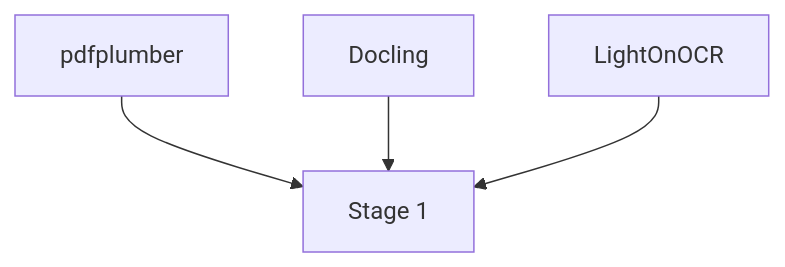
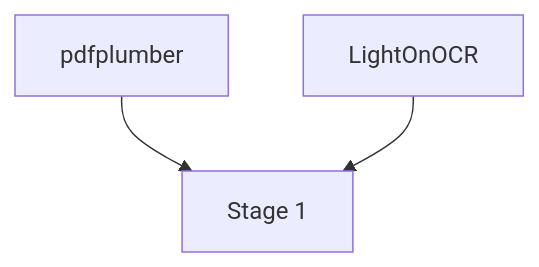
Before and after one commit to fairdataihub/dmpbridge: the fifth of 5 diagrams in docs/DIAGRAMS.md, drawn with Mermaid. The commit also changed other lines of this file and 33 other files, not shown here.

````diff
--- a/docs/DIAGRAMS.md
+++ b/docs/DIAGRAMS.md
@@ -89,6 +89,5 @@
 ```mermaid
 flowchart TD
     P["pdfplumber"] --> S1["Stage 1"]
-    D["Docling"] --> S1
     L["LightOnOCR"] --> S1
 ```
````
